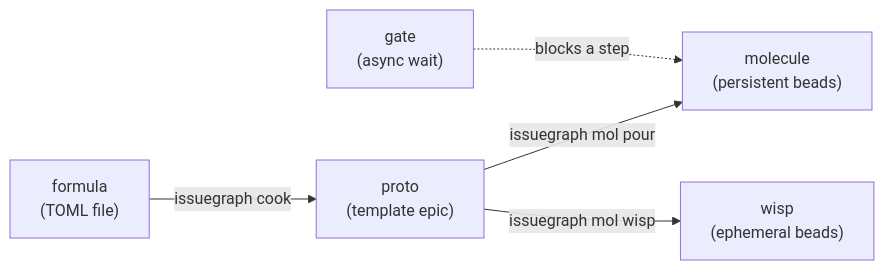
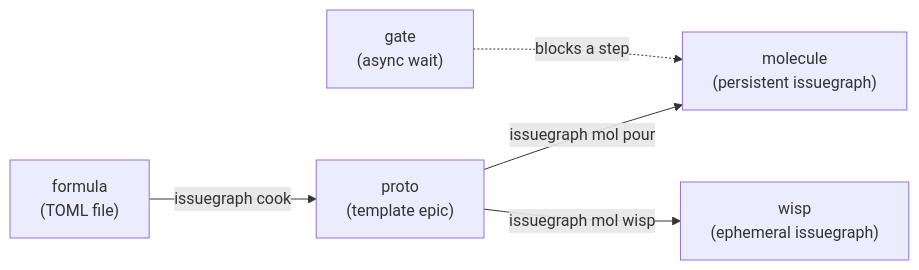
The third of 4 diagrams in docs/core-concepts/index.md (borg0ai/dx-issuegraph), drawn with Mermaid before and after one commit. The commit also changed other lines of this file and 3234 other files, not shown here.

````diff
--- a/docs/core-concepts/index.md
+++ b/docs/core-concepts/index.md
@@ -94,7 +94,7 @@
 ```mermaid
 flowchart LR
     formula["formula<br/>(TOML file)"] -->|issuegraph cook| proto["proto<br/>(template epic)"]
-    proto -->|issuegraph mol pour| mol["molecule<br/>(persistent beads)"]
-    proto -->|issuegraph mol wisp| wisp["wisp<br/>(ephemeral beads)"]
+    proto -->|issuegraph mol pour| mol["molecule<br/>(persistent issuegraph)"]
+    proto -->|issuegraph mol wisp| wisp["wisp<br/>(ephemeral issuegraph)"]
     gate["gate<br/>(async wait)"] -.blocks a step.-> mol
 ```
````
